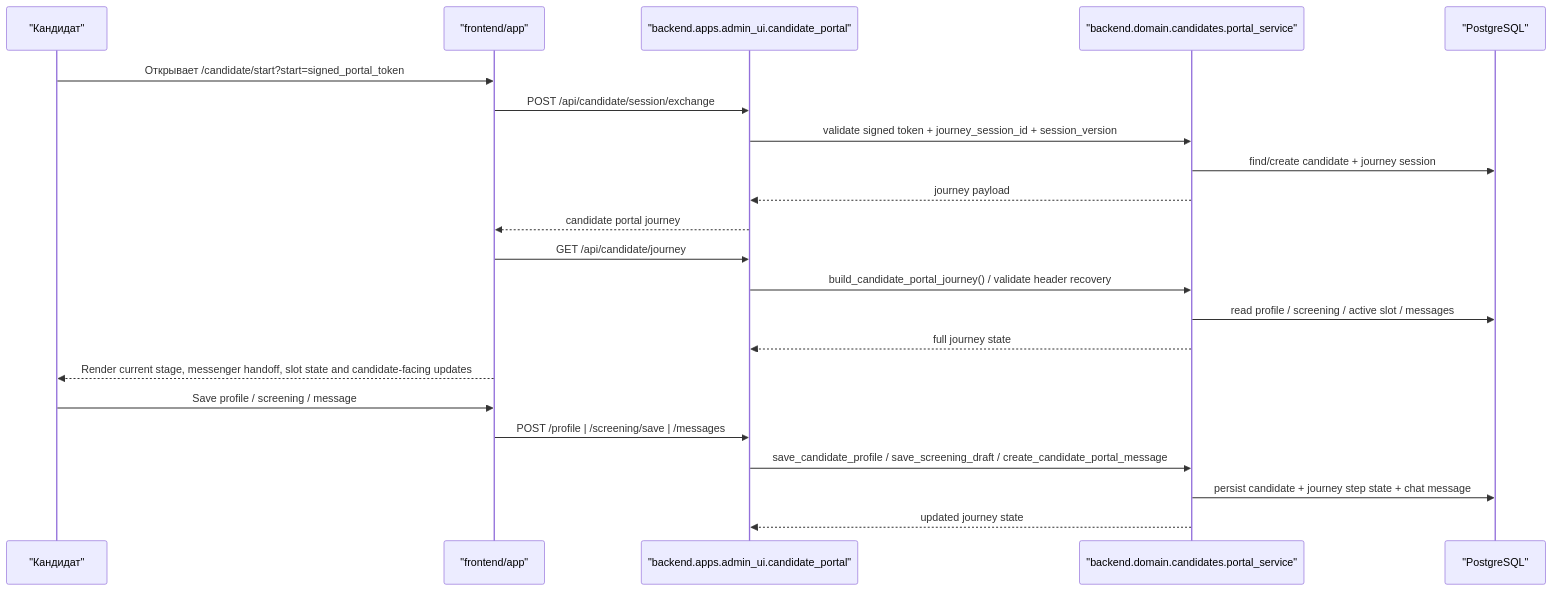
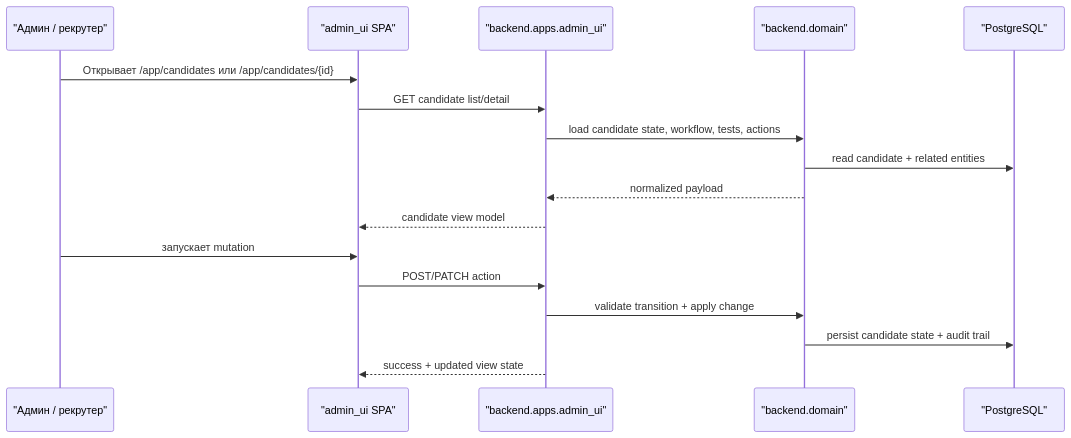
One commit to padka/HR changed the first of 4 diagrams in docs/architecture/core-workflows.md. Above: the diagram before and after it, drawn with Mermaid. The commit also changed other lines of this file and 234 other files, not shown here.

````diff
--- a/docs/architecture/core-workflows.md
+++ b/docs/architecture/core-workflows.md
@@ -42,25 +41,20 @@
 ```mermaid
 sequenceDiagram
-    participant C as "Кандидат"
-    participant UI as "frontend/app"
-    participant UIAPI as "backend.apps.admin_ui.candidate_portal"
-    participant DOM as "backend.domain.candidates.portal_service"
+    participant A as "Админ / рекрутер"
+    participant UI as "admin_ui SPA"
+    participant API as "backend.apps.admin_ui"
+    participant DOM as "backend.domain"
     participant DB as "PostgreSQL"
 
-    C->>UI: Открывает /candidate/start?start=signed_portal_token
-    UI->>UIAPI: POST /api/candidate/session/exchange
-    UIAPI->>DOM: validate signed token + journey_session_id + session_version
-    DOM->>DB: find/create candidate + journey session
-    DOM-->>UIAPI: journey payload
-    UIAPI-->>UI: candidate portal journey
-    UI->>UIAPI: GET /api/candidate/journey
-    UIAPI->>DOM: build_candidate_portal_journey() / validate header recovery
-    DOM->>DB: read profile / screening / active slot / messages
-    DOM-->>UIAPI: full journey state
-    UI-->>C: Render current stage, messenger handoff, slot state and candidate-facing updates
-    C->>UI: Save profile / screening / message
-    UI->>UIAPI: POST /profile | /screening/save | /messages
-    UIAPI->>DOM: save_candidate_profile / save_screening_draft / create_candidate_portal_message
-    DOM->>DB: persist candidate + journey step state + chat message
-    DOM-->>UIAPI: updated journey state
+    A->>UI: Открывает /app/candidates или /app/candidates/{id}
+    UI->>API: GET candidate list/detail
+    API->>DOM: load candidate state, workflow, tests, actions
+    DOM->>DB: read candidate + related entities
+    DOM-->>API: normalized payload
+    API-->>UI: candidate view model
+    A->>UI: запускает mutation
+    UI->>API: POST/PATCH action
+    API->>DOM: validate transition + apply change
+    DOM->>DB: persist candidate state + audit trail
+    API-->>UI: success + updated view state
 ```
````
